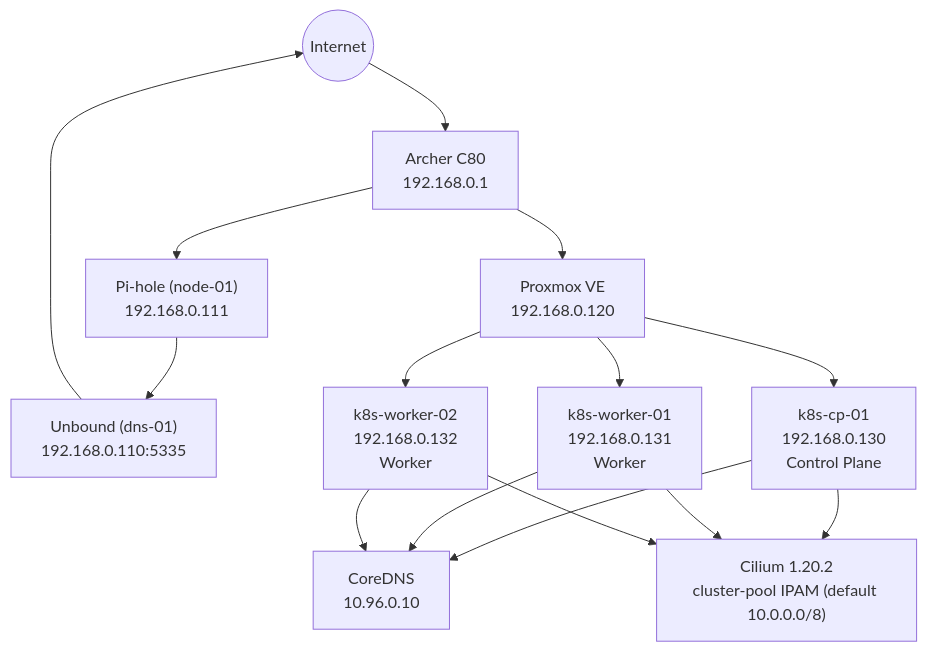
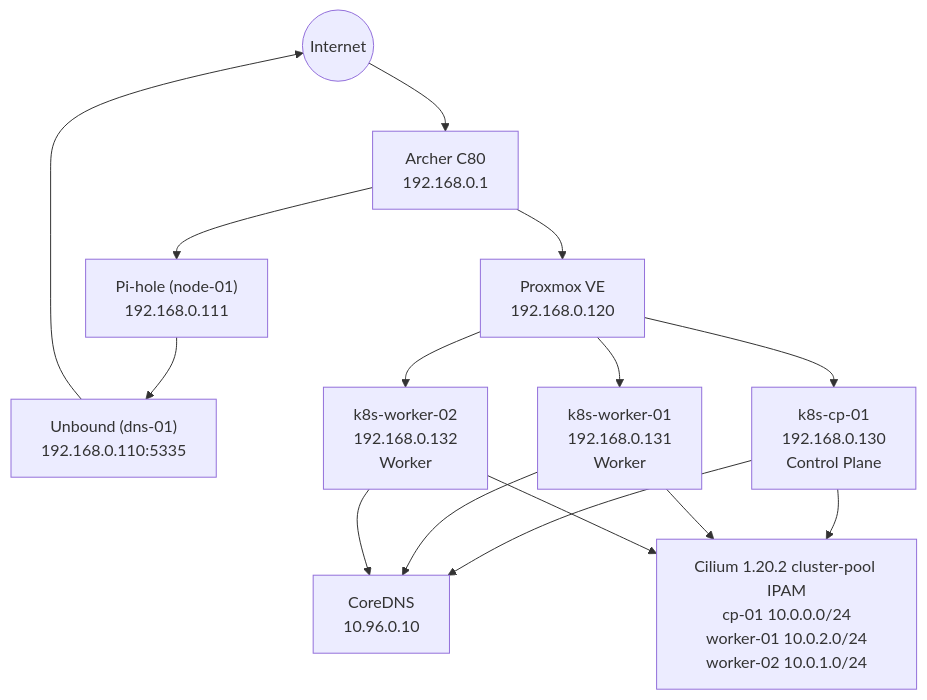
The first of 4 diagrams in docs/diagrams/kubernetes-platform.md (adenntumba/enterprise-platform-lab), drawn with Mermaid before and after one commit. The commit also changed 7 other files, not shown here.

First line of the commit message:
docs(architecture): separate ADR targets from configuration and runtime state

````diff
--- a/docs/diagrams/kubernetes-platform.md
+++ b/docs/diagrams/kubernetes-platform.md
@@ -5,34 +5,34 @@
 ```mermaid
 flowchart TB
     Internet((Internet))
 
     Router["Archer C80<br/>192.168.0.1"]
     PiHole["Pi-hole (node-01)<br/>192.168.0.111"]
     Unbound["Unbound (dns-01)<br/>192.168.0.110:5335"]
     Proxmox["Proxmox VE<br/>192.168.0.120"]
 
     CP["k8s-cp-01<br/>192.168.0.130<br/>Control Plane"]
     W1["k8s-worker-01<br/>192.168.0.131<br/>Worker"]
     W2["k8s-worker-02<br/>192.168.0.132<br/>Worker"]
 
     CoreDNS["CoreDNS<br/>10.96.0.10"]
-    Cilium["Cilium 1.20.2<br/>cluster-pool IPAM (default 10.0.0.0/8)"]
+    Cilium["Cilium 1.20.2 cluster-pool IPAM<br/>cp-01 10.0.0.0/24<br/>worker-01 10.0.2.0/24<br/>worker-02 10.0.1.0/24"]
 
     Internet --> Router
     Router --> PiHole
     PiHole --> Unbound
     Unbound --> Internet
 
     Router --> Proxmox
     Proxmox --> CP
     Proxmox --> W1
     Proxmox --> W2
 
     CP --> CoreDNS
     W1 --> CoreDNS
     W2 --> CoreDNS
 
     CP --> Cilium
     W1 --> Cilium
     W2 --> Cilium
 ```
````
